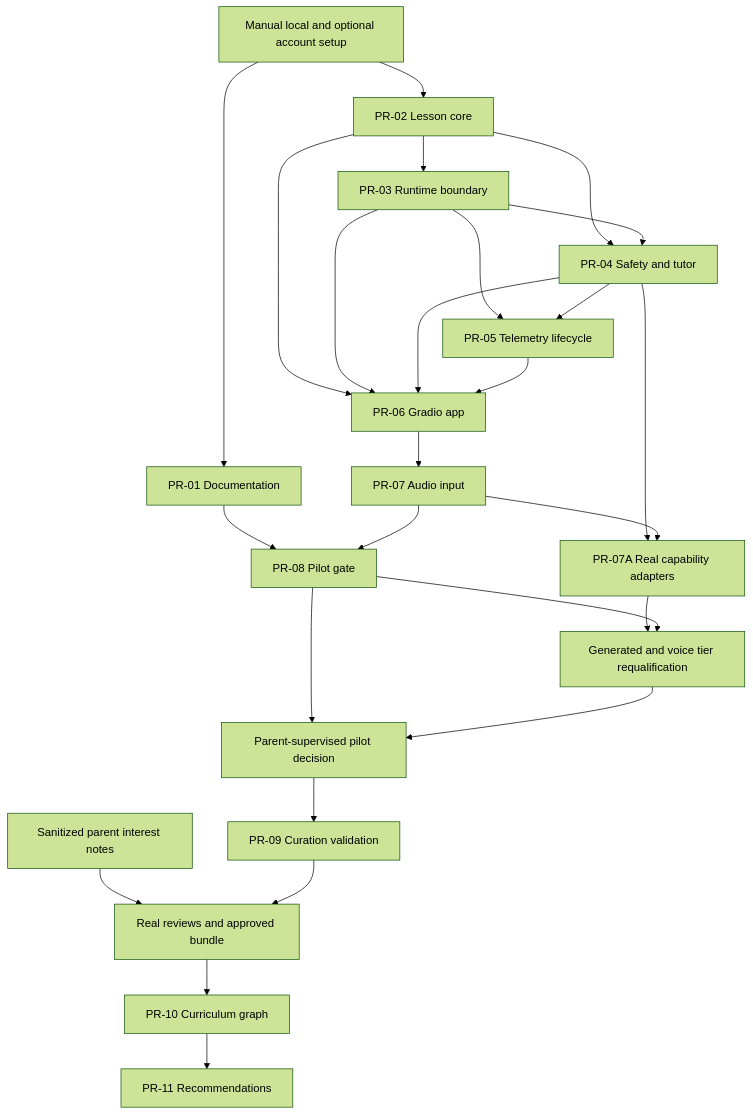
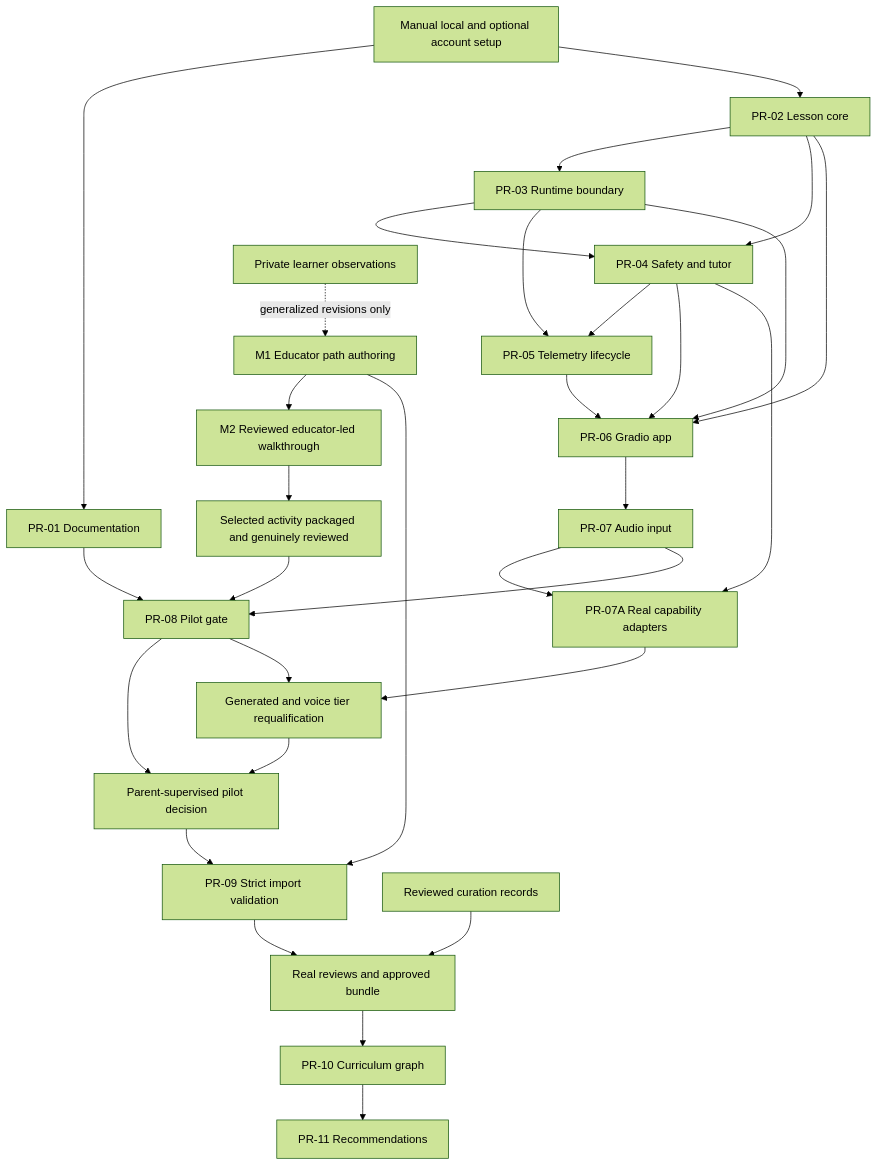
The first of 2 diagrams in plans/cursor_master_plan.plan.md (torenunez/lerni), drawn with Mermaid (forest theme) before and after one commit. The commit also changed other lines of this file and 36 other files, not shown here.

First line of the commit message:
Add educator-paths-v1 authoring contract and adopt revised product docs

````diff
--- a/plans/cursor_master_plan.plan.md
+++ b/plans/cursor_master_plan.plan.md
@@ -137,28 +169,33 @@
 ```mermaid
 flowchart TD
     Setup[Manual local and optional account setup] --> PR01[PR-01 Documentation]
     Setup --> PR02[PR-02 Lesson core]
     PR01 --> PR08[PR-08 Pilot gate]
     PR02 --> PR03[PR-03 Runtime boundary]
     PR02 --> PR04[PR-04 Safety and tutor]
     PR03 --> PR04
     PR03 --> PR05[PR-05 Telemetry lifecycle]
     PR04 --> PR05
     PR02 --> PR06[PR-06 Gradio app]
     PR03 --> PR06
     PR04 --> PR06
     PR05 --> PR06
     PR06 --> PR07[PR-07 Audio input]
     PR04 --> PR07A[PR-07A Real capability adapters]
     PR07 --> PR07A
     PR07 --> PR08[PR-08 Pilot gate]
     PR08 --> PilotDecision[Parent-supervised pilot decision]
     PR07A --> GeneratedGate[Generated and voice tier requalification]
     PR08 --> GeneratedGate
     GeneratedGate --> PilotDecision
-    PilotDecision --> PR09[PR-09 Curation validation]
-    InterestNotes[Sanitized parent interest notes] --> ReviewData[Real reviews and approved bundle]
+    PilotDecision --> PR09[PR-09 Strict import validation]
+    EduAuthoring[M1 Educator path authoring] --> Walkthrough[M2 Reviewed educator-led walkthrough]
+    Walkthrough --> SelectedActivity[Selected activity packaged and genuinely reviewed]
+    SelectedActivity --> PR08
+    EduAuthoring --> PR09
+    PrivateObservations[Private learner observations] -.->|"generalized revisions only"| EduAuthoring
+    InterestNotes[Reviewed curation records] --> ReviewData[Real reviews and approved bundle]
     PR09 --> ReviewData
     ReviewData --> PR10[PR-10 Curriculum graph]
     PR10 --> PR11[PR-11 Recommendations]
 ```
````
